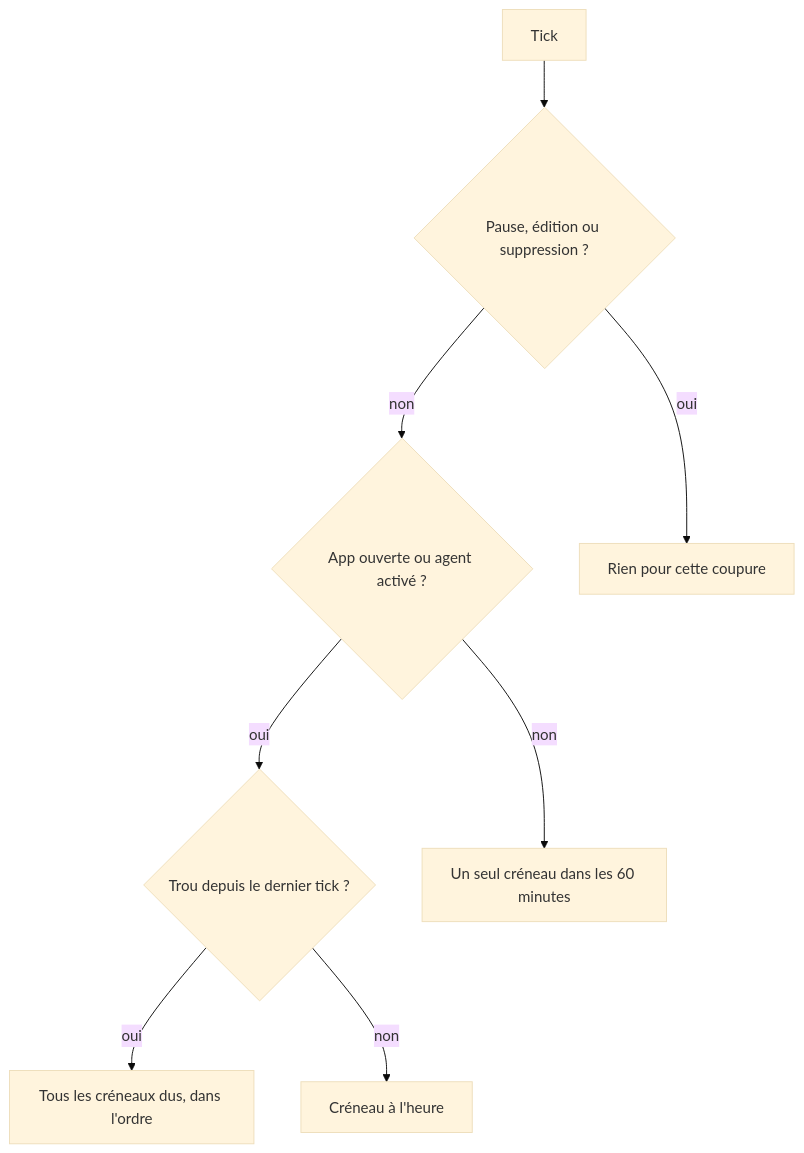
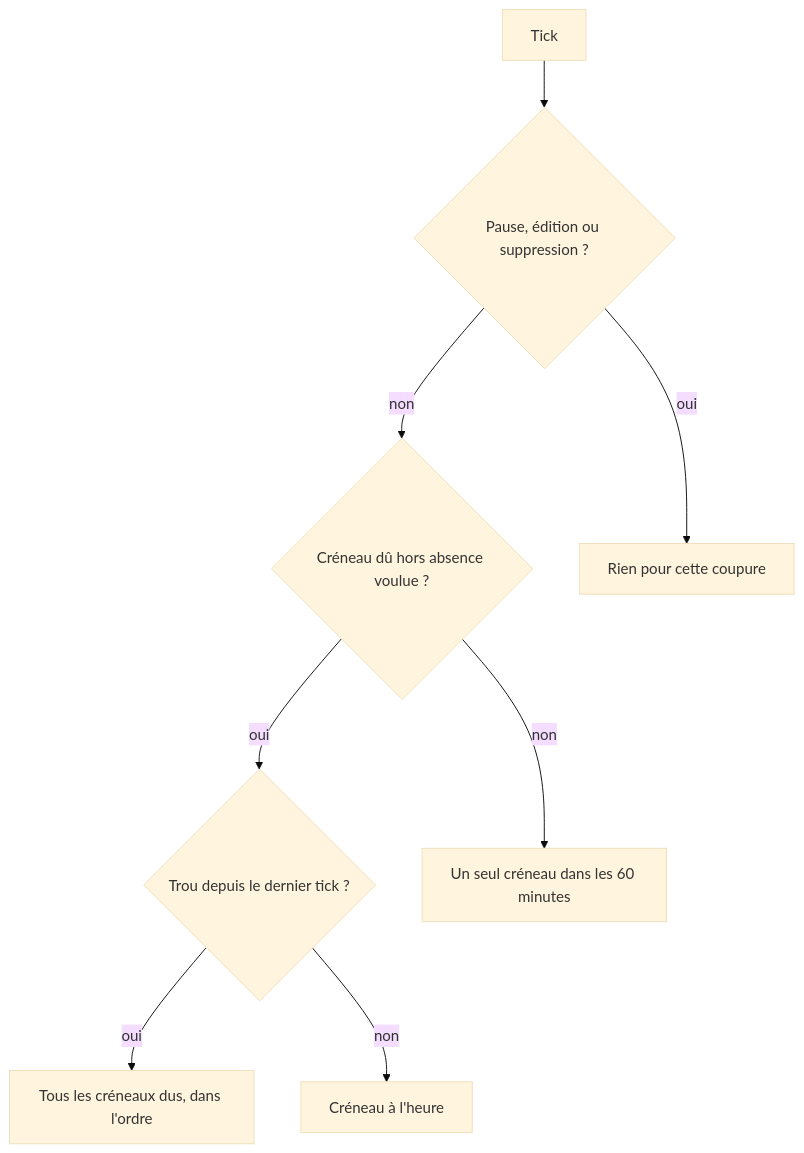
One commit to charlescstpierr/ezerbot changed the first of 2 diagrams in docs/specs/routines.md. Above: the diagram before and after it, drawn with Mermaid (base theme). The commit also changed other lines of this file, not shown here.

````diff
--- a/docs/specs/routines.md
+++ b/docs/specs/routines.md
@@ -217,16 +219,16 @@
 ```mermaid
 flowchart TD
   tick[Tick]
   cut{Pause, édition ou suppression ?}
-  expect{App ouverte ou agent activé ?}
+  expect{Créneau dû hors absence voulue ?}
   gap{Trou depuis le dernier tick ?}
   all[Tous les créneaux dus, dans l'ordre]
   sixty[Un seul créneau dans les 60 minutes]
   tick --> cut
   cut -->|oui| none[Rien pour cette coupure]
   cut -->|non| expect
   expect -->|oui| gap
   gap -->|oui| all
   gap -->|non| ontime[Créneau à l'heure]
   expect -->|non| sixty
 ```
````
